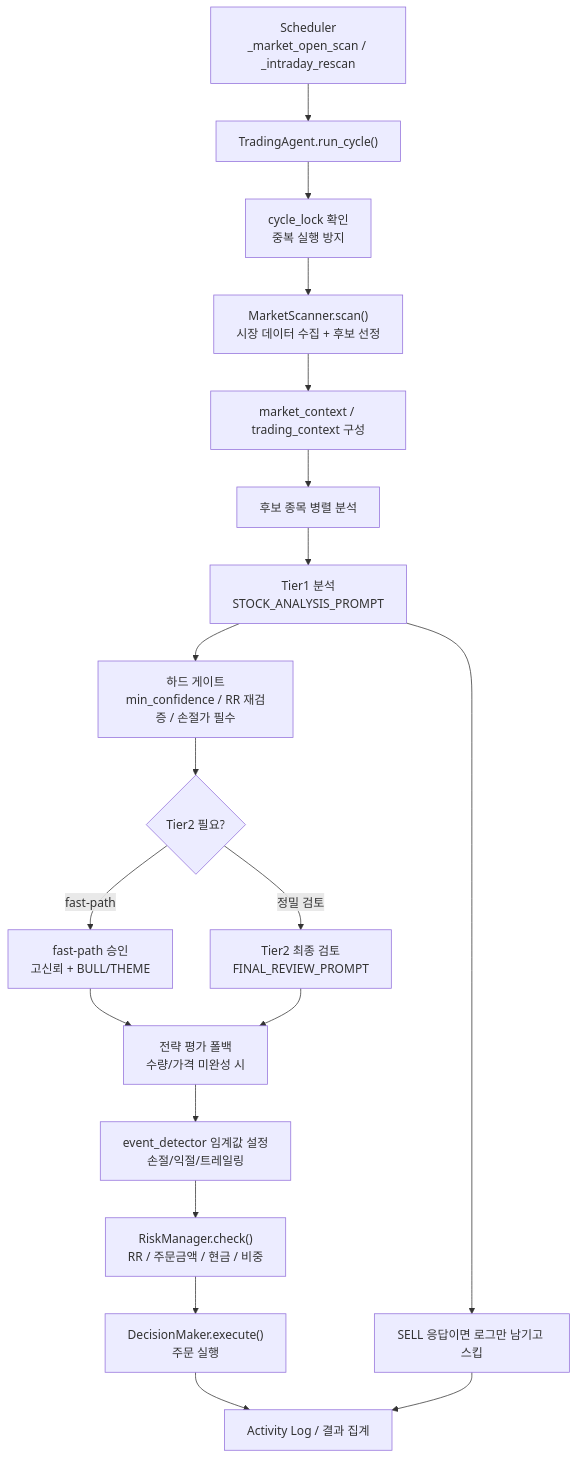
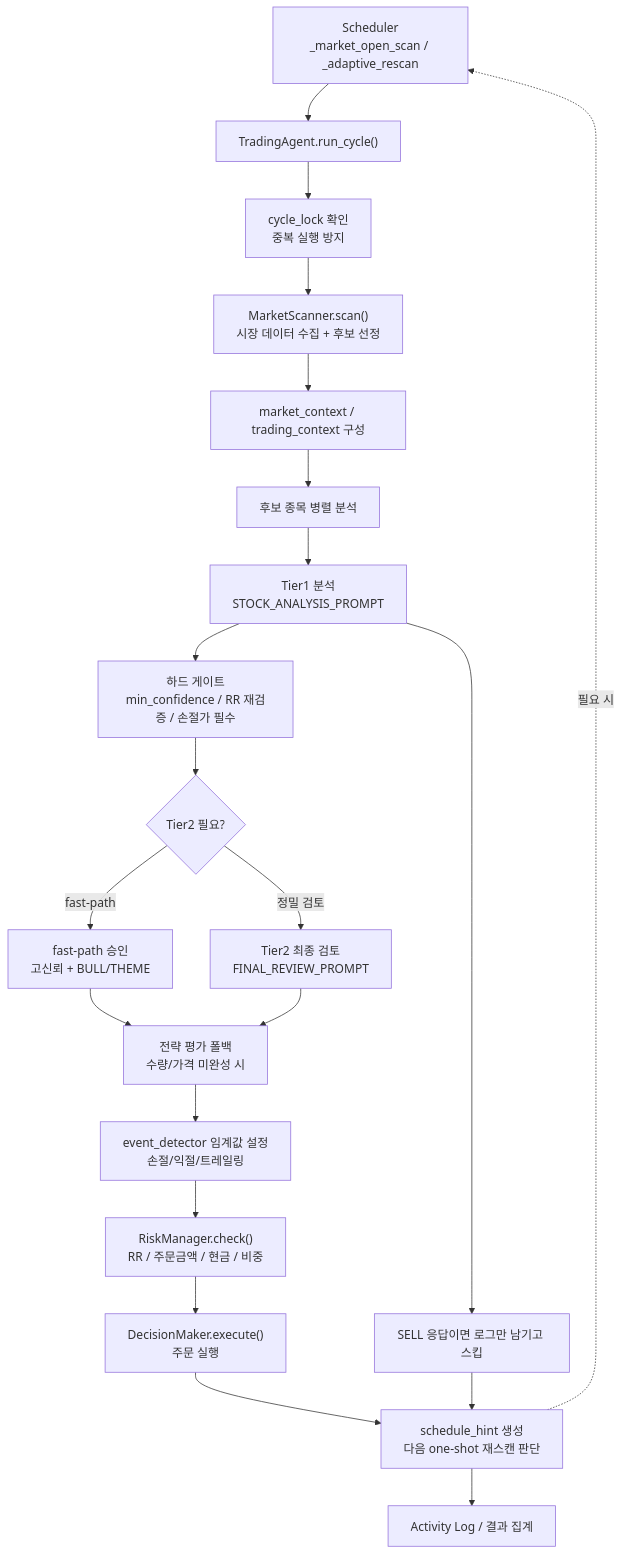
Before and after one commit to yjkim-9412/momo-trading: the second of 6 diagrams in docs/trading-agent-architecture.md, drawn with Mermaid. The commit also changed other lines of this file and 39 other files, not shown here.

````diff
--- a/docs/trading-agent-architecture.md
+++ b/docs/trading-agent-architecture.md
@@ -33,31 +33,33 @@
 ```mermaid
 flowchart TD
-    START["Scheduler<br/>_market_open_scan / _intraday_rescan"]
+    START["Scheduler<br/>_market_open_scan / _adaptive_rescan"]
     CYCLE["TradingAgent.run_cycle()"]
     LOCK["cycle_lock 확인<br/>중복 실행 방지"]
     SCAN["MarketScanner.scan()<br/>시장 데이터 수집 + 후보 선정"]
     CONTEXT["market_context / trading_context 구성"]
     PARALLEL["후보 종목 병렬 분석"]
     T1["Tier1 분석<br/>STOCK_ANALYSIS_PROMPT"]
     SELLSKIP["SELL 응답이면 로그만 남기고 스킵"]
     GATES["하드 게이트<br/>min_confidence / RR 재검증 / 손절가 필수"]
     T2{"Tier2 필요?"}
     FAST["fast-path 승인<br/>고신뢰 + BULL/THEME"]
     REVIEW["Tier2 최종 검토<br/>FINAL_REVIEW_PROMPT"]
     STRATEGY["전략 평가 폴백<br/>수량/가격 미완성 시"]
     THRESH["event_detector 임계값 설정<br/>손절/익절/트레일링"]
     RISK["RiskManager.check()<br/>RR / 주문금액 / 현금 / 비중"]
     EXEC["DecisionMaker.execute()<br/>주문 실행"]
+    NEXT["schedule_hint 생성<br/>다음 one-shot 재스캔 판단"]
     END["Activity Log / 결과 집계"]
 
     START --> CYCLE --> LOCK --> SCAN --> CONTEXT --> PARALLEL --> T1
     T1 --> SELLSKIP
     T1 --> GATES
     GATES --> T2
     T2 -->|fast-path| FAST
     T2 -->|정밀 검토| REVIEW
     FAST --> STRATEGY
     REVIEW --> STRATEGY
-    STRATEGY --> THRESH --> RISK --> EXEC --> END
-    SELLSKIP --> END
+    STRATEGY --> THRESH --> RISK --> EXEC --> NEXT --> END
+    SELLSKIP --> NEXT
+    NEXT -. 필요 시 .-> START
 ```
````
